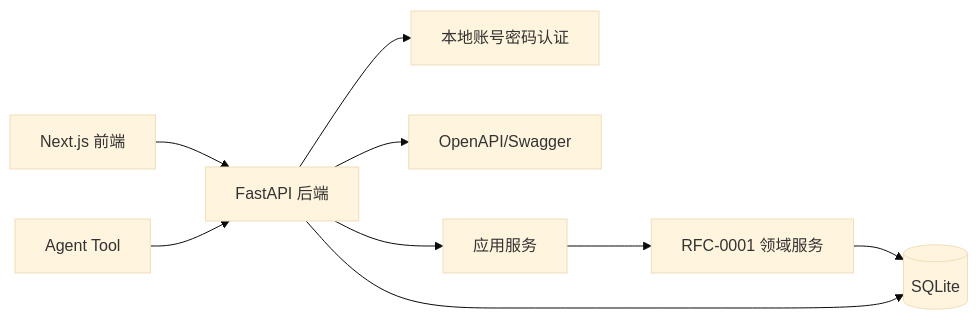
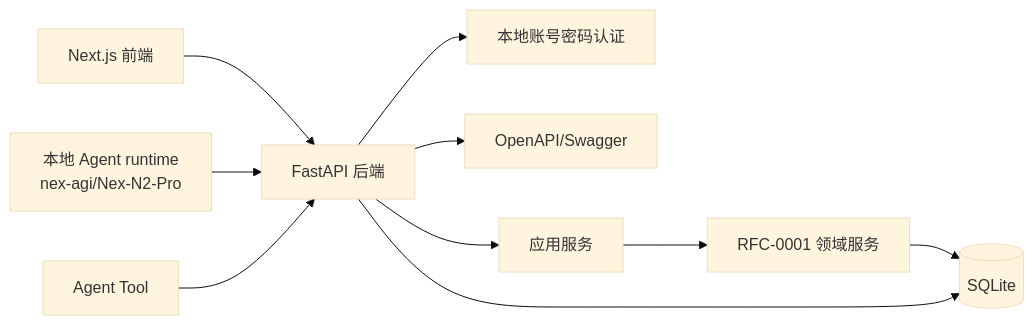
The first of 3 diagrams in docs/rfcs/0002-fastapi-api-agent-contract.md (WN921/north-hackathon-team-8-meeting), drawn with Mermaid (base theme) before and after one commit. The commit also changed other lines of this file and 3 other files, not shown here.

````diff
--- a/docs/rfcs/0002-fastapi-api-agent-contract.md
+++ b/docs/rfcs/0002-fastapi-api-agent-contract.md
@@ -41,11 +42,13 @@
 ```mermaid
 flowchart LR
     NextJS[Next.js 前端] --> FastAPI[FastAPI 后端]
+    AgentRuntime[本地 Agent runtime
+nex-agi/Nex-N2-Pro] --> FastAPI
     AgentTool[Agent Tool] --> FastAPI
     FastAPI --> Auth[本地账号密码认证]
     FastAPI --> OpenAPI[OpenAPI/Swagger]
     FastAPI --> AppServices[应用服务]
     AppServices --> Domain[RFC-0001 领域服务]
     Domain --> SQLite[(SQLite)]
     FastAPI --> SQLite
 ```
````
